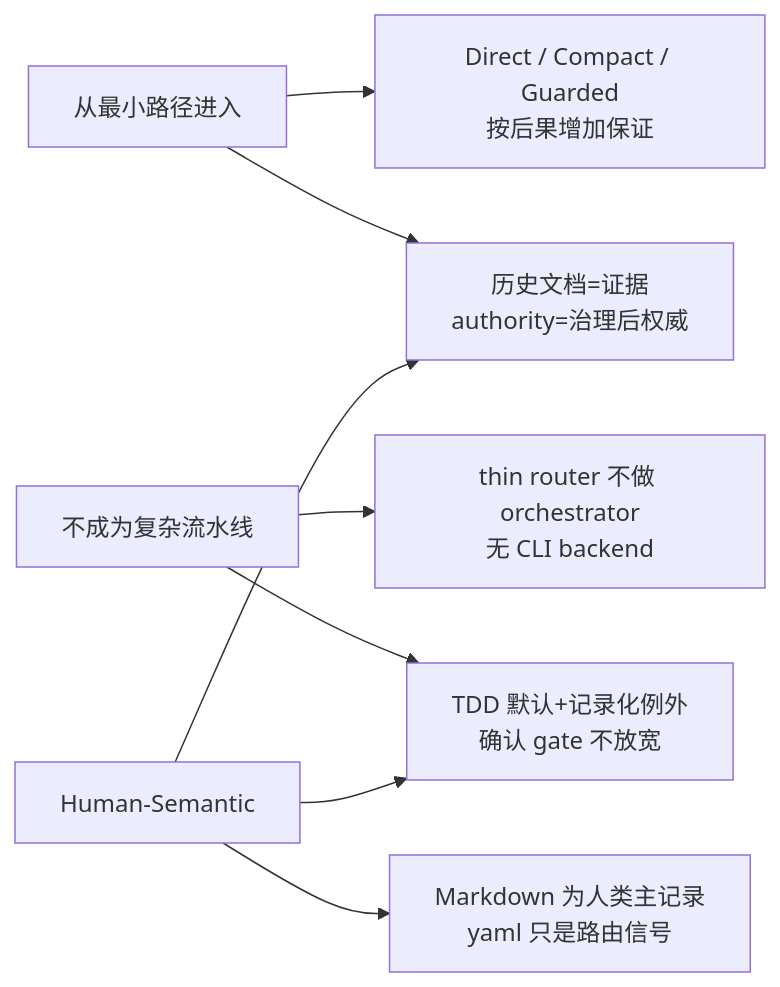
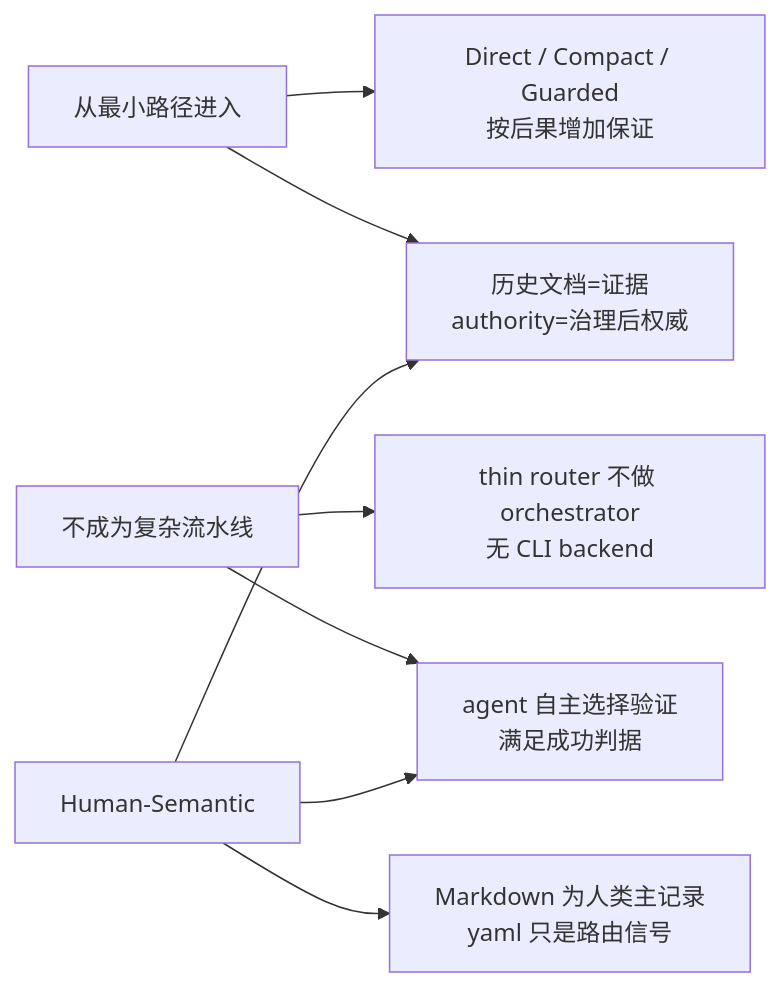
One commit to yomij/doc-loom-least changed the first of 5 diagrams in docs/share/workflow-and-design.md. Above: the diagram before and after it, drawn with Mermaid. The commit also changed other lines of this file and 20 other files, not shown here.

````diff
--- a/docs/share/workflow-and-design.md
+++ b/docs/share/workflow-and-design.md
@@ -49,8 +49,8 @@
 ```mermaid
 flowchart LR
     P1["从最小路径进入"] --> C1["Direct / Compact / Guarded<br/>按后果增加保证"]
     P2["不成为复杂流水线"] --> C2["thin router 不做 orchestrator<br/>无 CLI backend"]
     P3["Human-Semantic"] --> C3["Markdown 为人类主记录<br/>yaml 只是路由信号"]
     P1 & P3 --> C4["历史文档=证据<br/>authority=治理后权威"]
-    P2 & P3 --> C5["TDD 默认+记录化例外<br/>确认 gate 不放宽"]
+    P2 & P3 --> C5["agent 自主选择验证<br/>满足成功判据"]
 ```
````
